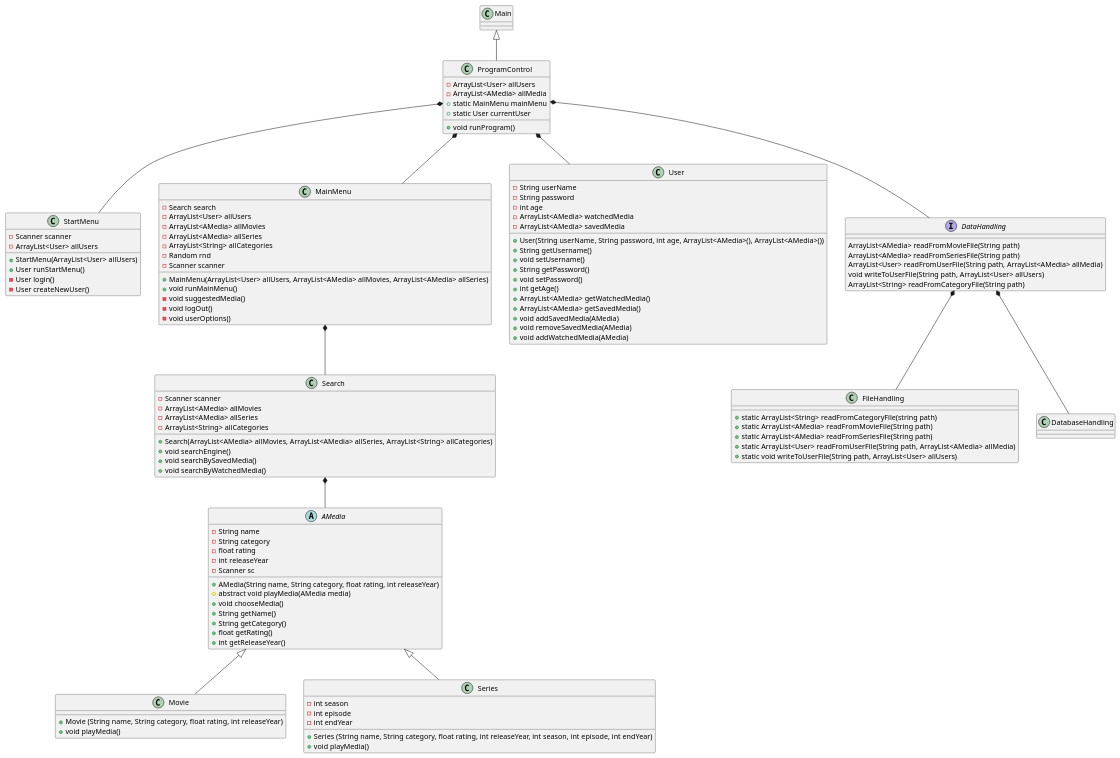
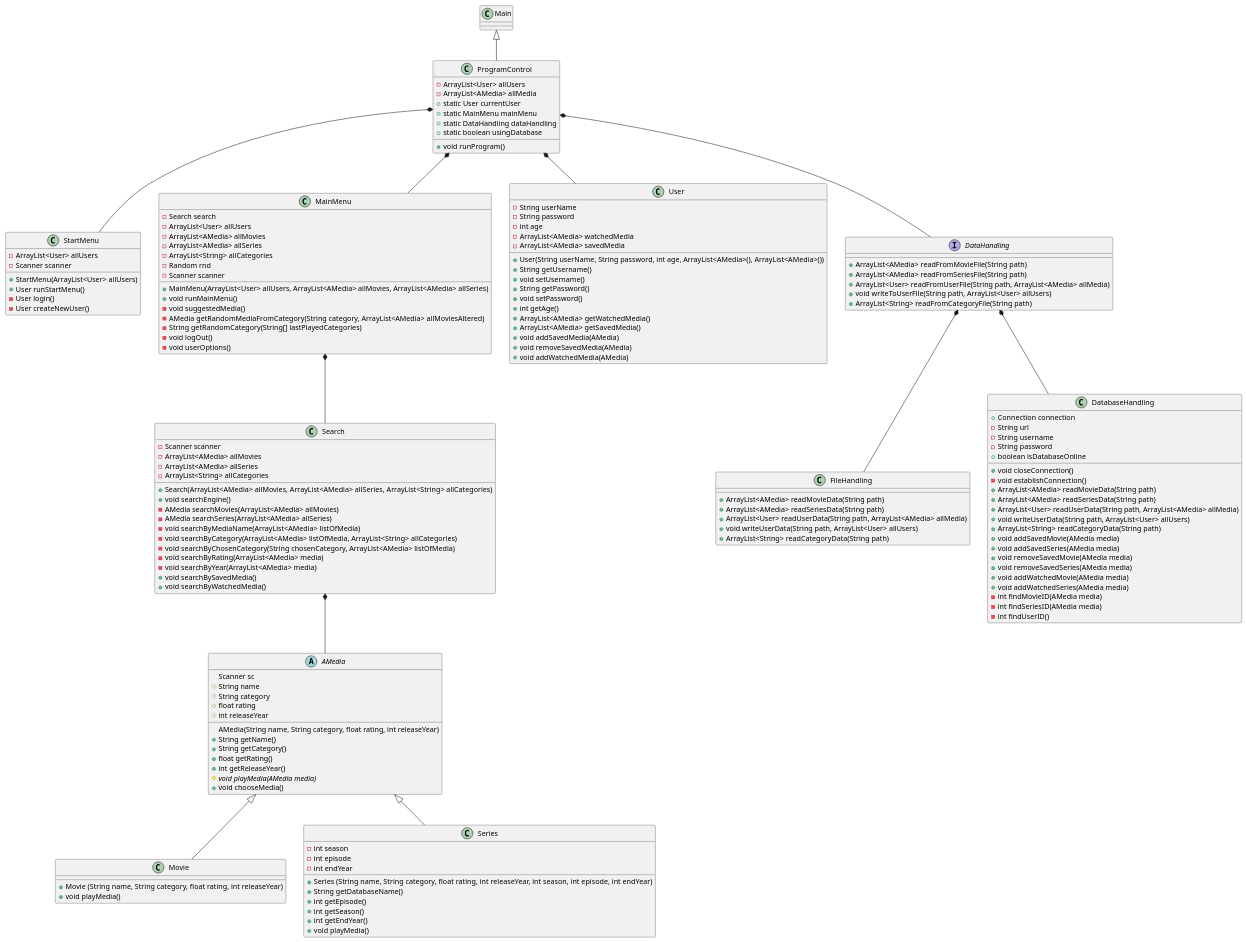
One commit to MrJustMeDahl/SP3---Streamingtjeneste changed the diagram in Design/Streamingservice design.puml. Above: the diagram before and after it, drawn with PlantUML. The commit also changed 6 other files, not shown here.

Commit message:
Slutresultat - opdateret UML

```diff
--- a/Design/Streamingservice design.puml
+++ b/Design/Streamingservice design.puml
@@ -1,122 +1,159 @@
 @startuml
 class Main
 Main <|-- ProgramControl
 ProgramControl *-- StartMenu
 ProgramControl *-- MainMenu
 ProgramControl *-- User
 ProgramControl *-- DataHandling
 DataHandling *-- FileHandling
 DataHandling *-- DatabaseHandling
 MainMenu *-- Search
 Search *-- AMedia
 AMedia <|-- Movie
 AMedia <|-- Series
 
 interface DataHandling{
-ArrayList<AMedia> readFromMovieFile(String path)
-    ArrayList<AMedia> readFromSeriesFile(String path)
-    ArrayList<User> readFromUserFile(String path, ArrayList<AMedia> allMedia)
-    void writeToUserFile(String path, ArrayList<User> allUsers)
-    ArrayList<String> readFromCategoryFile(String path)
-    }
++ ArrayList<AMedia> readFromMovieFile(String path)
++ ArrayList<AMedia> readFromSeriesFile(String path)
++ ArrayList<User> readFromUserFile(String path, ArrayList<AMedia> allMedia)
++ void writeToUserFile(String path, ArrayList<User> allUsers)
++ ArrayList<String> readFromCategoryFile(String path)
+}
 
-class DatabaseHandling
+class DatabaseHandling{
++ Connection connection
+- String url
+- String username
+- String password
++ boolean isDatabaseOnline
 
++ void closeConnection()
+- void establishConnection()
++ ArrayList<AMedia> readMovieData(String path)
++ ArrayList<AMedia> readSeriesData(String path)
++ ArrayList<User> readUserData(String path, ArrayList<AMedia> allMedia)
++ void writeUserData(String path, ArrayList<User> allUsers)
++ ArrayList<String> readCategoryData(String path)
++ void addSavedMovie(AMedia media)
++ void addSavedSeries(AMedia media)
++ void removeSavedMovie(AMedia media)
++ void removeSavedSeries(AMedia media)
++ void addWatchedMovie(AMedia media)
++ void addWatchedSeries(AMedia media)
+- int findMovieID(AMedia media)
+- int findSeriesID(AMedia media)
+- int findUserID()
+}
 class Search{
 - Scanner scanner
 - ArrayList<AMedia> allMovies
 - ArrayList<AMedia> allSeries
 - ArrayList<String> allCategories
 + Search(ArrayList<AMedia> allMovies, ArrayList<AMedia> allSeries, ArrayList<String> allCategories)
 + void searchEngine()
+- AMedia searchMovies(ArrayList<AMedia> allMovies)
+- AMedia searchSeries(ArrayList<AMedia> allSeries)
+- void searchByMediaName(ArrayList<AMedia> listOfMedia)
+- void searchByCategory(ArrayList<AMedia> listOfMedia, ArrayList<String> allCategories)
+- void searchByChosenCategory(String chosenCategory, ArrayList<AMedia> listOfMedia)
+- void searchByRating(ArrayList<AMedia> media)
+- void searchByYear(ArrayList<AMedia> media)
 + void searchBySavedMedia()
 + void searchByWatchedMedia()
 }
 class ProgramControl{
 - ArrayList<User> allUsers
 - ArrayList<AMedia> allMedia
++ static User currentUser
 + static MainMenu mainMenu
-+ static User currentUser
++ static DataHandling dataHandling
++ static boolean usingDatabase
 + void runProgram()
 }
 
 class StartMenu{
+- ArrayList<User> allUsers
 - Scanner scanner
-- ArrayList<User> allUsers
 + StartMenu(ArrayList<User> allUsers)
 + User runStartMenu()
 - User login()
 - User createNewUser()
 }
 
 class MainMenu{
 - Search search
 - ArrayList<User> allUsers
 - ArrayList<AMedia> allMovies
 - ArrayList<AMedia> allSeries
 - ArrayList<String> allCategories
 - Random rnd
 - Scanner scanner
 + MainMenu(ArrayList<User> allUsers, ArrayList<AMedia> allMovies, ArrayList<AMedia> allSeries)
 + void runMainMenu()
 - void suggestedMedia()
+- AMedia getRandomMediaFromCategory(String category, ArrayList<AMedia> allMoviesAltered)
+- String getRandomCategory(String[] lastPlayedCategories)
 - void logOut()
 - void userOptions()
 }
 
 abstract class AMedia{
-- String name
-- String category
-- float rating
-- int releaseYear
-- Scanner sc
-+ AMedia(String name, String category, float rating, int releaseYear)
-# abstract void playMedia(AMedia media)
-+ void chooseMedia()
+  Scanner sc
+# String name
+# String category
+# float rating
+# int releaseYear
+  AMedia(String name, String category, float rating, int releaseYear)
 + String getName()
 + String getCategory()
 + float getRating()
 + int getReleaseYear()
+# {abstract} void playMedia(AMedia media)
++ void chooseMedia()
 }
 
 class Movie{
 + Movie (String name, String category, float rating, int releaseYear)
 + void playMedia()
 }
 
 class Series{
 - int season
 - int episode
 - int endYear
 + Series (String name, String category, float rating, int releaseYear, int season, int episode, int endYear)
++ String getDatabaseName()
++ int getEpisode()
++ int getSeason()
++ int getEndYear()
 + void playMedia()
 }
 
 class User{
 - String userName
 - String password
 - int age
 - ArrayList<AMedia> watchedMedia
 - ArrayList<AMedia> savedMedia
 + User(String userName, String password, int age, ArrayList<AMedia>(), ArrayList<AMedia>())
 + String getUsername()
 + void setUsername()
 + String getPassword()
 + void setPassword()
 + int getAge()
 + ArrayList<AMedia> getWatchedMedia()
 + ArrayList<AMedia> getSavedMedia()
 + void addSavedMedia(AMedia)
 + void removeSavedMedia(AMedia)
 + void addWatchedMedia(AMedia)
 }
 
 class FileHandling{
-+ static ArrayList<String> readFromCategoryFile(string path)
-+ static ArrayList<AMedia> readFromMovieFile(String path)
-+ static ArrayList<AMedia> readFromSeriesFile(String path)
-+ static ArrayList<User> readFromUserFile(String path, ArrayList<AMedia> allMedia)
-+ static void writeToUserFile(String path, ArrayList<User> allUsers)
++ ArrayList<AMedia> readMovieData(String path)
++ ArrayList<AMedia> readSeriesData(String path)
++ ArrayList<User> readUserData(String path, ArrayList<AMedia> allMedia)
++ void writeUserData(String path, ArrayList<User> allUsers)
++ ArrayList<String> readCategoryData(String path)
 }
 
 @enduml
```
